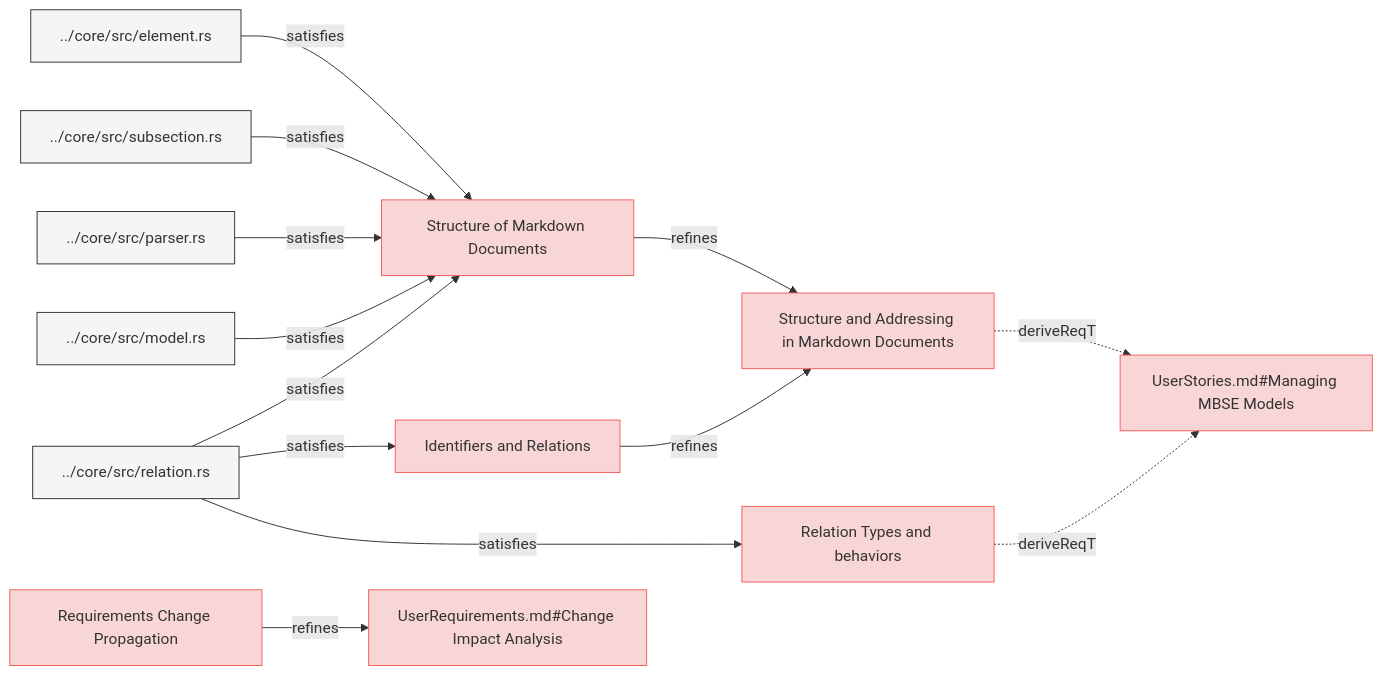
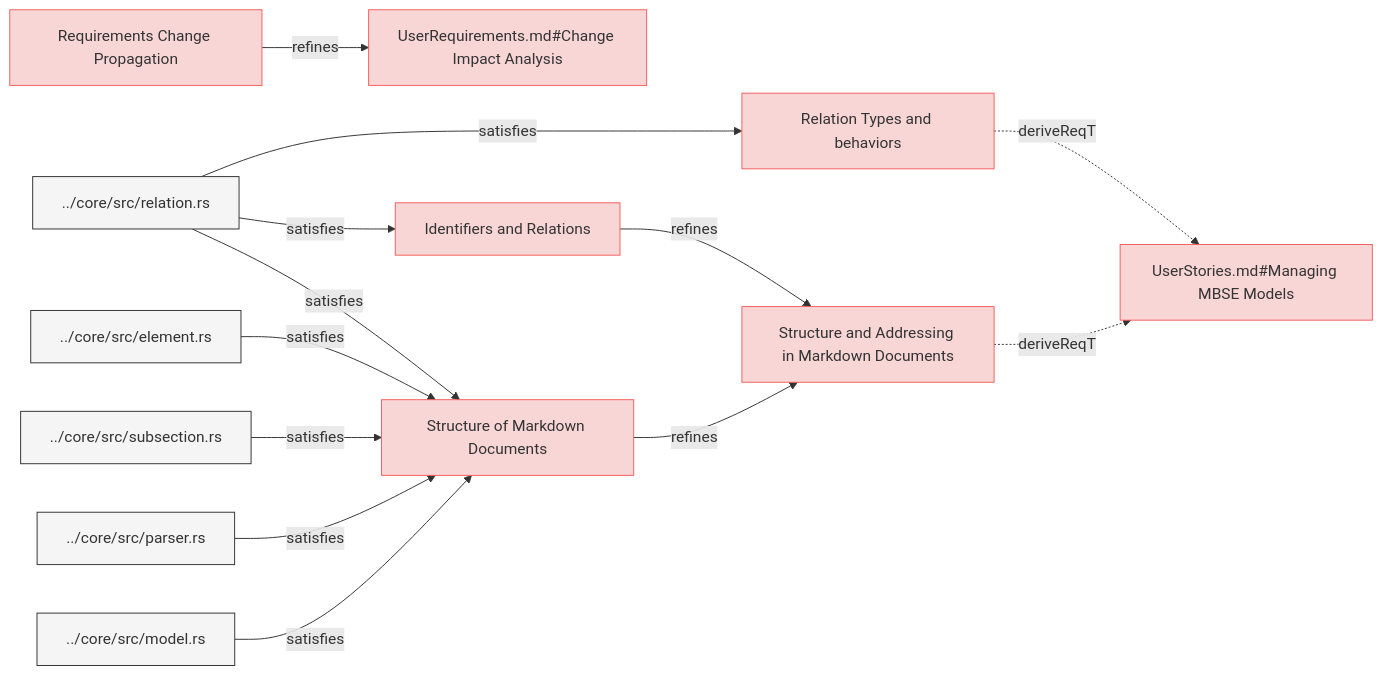
One commit to reqvire-org/reqvire changed the first of 3 diagrams in specifications/SpecificationsRequirements.md. Above: the diagram before and after it, drawn with Mermaid. The commit also changed 17 other files, not shown here.

Commit message:
Auto-generate diagrams after PR merge to main

````diff
--- a/specifications/SpecificationsRequirements.md
+++ b/specifications/SpecificationsRequirements.md
@@ -4,57 +4,57 @@
 ```mermaid
 graph LR;
   %% Graph styling
   classDef requirement fill:#f9d6d6,stroke:#f55f5f,stroke-width:1px;
   classDef verification fill:#d6f9d6,stroke:#5fd75f,stroke-width:1px;
   classDef externalLink fill:#d0e0ff,stroke:#3080ff,stroke-width:1px;
   classDef default fill:#f5f5f5,stroke:#333333,stroke-width:1px;
 
-  56c0009d5aa348e["Structure and Addressing in Markdown Documents"];
-  click 56c0009d5aa348e "https://github.com/ilijaljubicic/ReqFlow/blob/29a17f176519a28e973567d4102beb95f41075ed/specifications/SpecificationsRequirements.md#structure-and-addressing-in-markdown-documents";
-  class 56c0009d5aa348e requirement;
-  852dea6cfecb47f5["UserStories.md#Managing MBSE Models"];
-  class 852dea6cfecb47f5 requirement;
-  click 852dea6cfecb47f5 "https://github.com/ilijaljubicic/ReqFlow/blob/29a17f176519a28e973567d4102beb95f41075ed/specifications/UserStories.md#managing-mbse-models";
-  56c0009d5aa348e -.->|deriveReqT| 852dea6cfecb47f5;
-  3b54027d829a0123["Structure of Markdown Documents"];
-  click 3b54027d829a0123 "https://github.com/ilijaljubicic/ReqFlow/blob/29a17f176519a28e973567d4102beb95f41075ed/specifications/SpecificationsRequirements.md#structure-of-markdown-documents";
-  class 3b54027d829a0123 requirement;
-  3b54027d829a0123 -->|refines| 56c0009d5aa348e;
-  ed4f94bde93b51b2["../core/src/relation.rs"];
-  class ed4f94bde93b51b2 default;
-  click ed4f94bde93b51b2 "https://github.com/ilijaljubicic/ReqFlow/blob/29a17f176519a28e973567d4102beb95f41075ed/core/src/relation.rs";
-  ed4f94bde93b51b2 -->|satisfies| 3b54027d829a0123;
-  ae04238be665702["../core/src/element.rs"];
-  class ae04238be665702 default;
-  click ae04238be665702 "https://github.com/ilijaljubicic/ReqFlow/blob/29a17f176519a28e973567d4102beb95f41075ed/core/src/element.rs";
-  ae04238be665702 -->|satisfies| 3b54027d829a0123;
-  22aa80bf7aa9080a["../core/src/subsection.rs"];
-  class 22aa80bf7aa9080a default;
-  click 22aa80bf7aa9080a "https://github.com/ilijaljubicic/ReqFlow/blob/29a17f176519a28e973567d4102beb95f41075ed/core/src/subsection.rs";
-  22aa80bf7aa9080a -->|satisfies| 3b54027d829a0123;
-  3b1e87396caf6495["../core/src/parser.rs"];
-  class 3b1e87396caf6495 default;
-  click 3b1e87396caf6495 "https://github.com/ilijaljubicic/ReqFlow/blob/29a17f176519a28e973567d4102beb95f41075ed/core/src/parser.rs";
-  3b1e87396caf6495 -->|satisfies| 3b54027d829a0123;
-  6136c216c9f80165["../core/src/model.rs"];
-  class 6136c216c9f80165 default;
-  click 6136c216c9f80165 "https://github.com/ilijaljubicic/ReqFlow/blob/29a17f176519a28e973567d4102beb95f41075ed/core/src/model.rs";
-  6136c216c9f80165 -->|satisfies| 3b54027d829a0123;
-  745439d5fc0154d1["Requirements Change Propagation"];
-  click 745439d5fc0154d1 "https://github.com/ilijaljubicic/ReqFlow/blob/29a17f176519a28e973567d4102beb95f41075ed/specifications/SpecificationsRequirements.md#requirements-change-propagation";
-  class 745439d5fc0154d1 requirement;
-  bae5edae940ba590["UserRequirements.md#Change Impact Analysis"];
-  class bae5edae940ba590 requirement;
-  click bae5edae940ba590 "https://github.com/ilijaljubicic/ReqFlow/blob/29a17f176519a28e973567d4102beb95f41075ed/specifications/UserRequirements.md#change-impact-analysis";
-  745439d5fc0154d1 -->|refines| bae5edae940ba590;
-  b18d70c710a7b4d0["Identifiers and Relations"];
-  click b18d70c710a7b4d0 "https://github.com/ilijaljubicic/ReqFlow/blob/29a17f176519a28e973567d4102beb95f41075ed/specifications/SpecificationsRequirements.md#identifiers-and-relations";
-  class b18d70c710a7b4d0 requirement;
-  b18d70c710a7b4d0 -->|refines| 56c0009d5aa348e;
-  ed4f94bde93b51b2 -->|satisfies| b18d70c710a7b4d0;
-  4f0d2b5f5597a8c9["Relation Types and behaviors"];
-  click 4f0d2b5f5597a8c9 "https://github.com/ilijaljubicic/ReqFlow/blob/29a17f176519a28e973567d4102beb95f41075ed/specifications/SpecificationsRequirements.md#relation-types-and-behaviors";
-  class 4f0d2b5f5597a8c9 requirement;
-  4f0d2b5f5597a8c9 -.->|deriveReqT| 852dea6cfecb47f5;
-  ed4f94bde93b51b2 -->|satisfies| 4f0d2b5f5597a8c9;
+  fc5be549cefb3c18["Relation Types and behaviors"];
+  click fc5be549cefb3c18 "https://github.com/ilijaljubicic/ReqFlow/blob/73d5ae1d93adea71fdf4cc508be4d1ae09be068f/specifications/SpecificationsRequirements.md#relation-types-and-behaviors";
+  class fc5be549cefb3c18 requirement;
+  a469d82e490f4e4["UserStories.md#Managing MBSE Models"];
+  class a469d82e490f4e4 requirement;
+  click a469d82e490f4e4 "https://github.com/ilijaljubicic/ReqFlow/blob/73d5ae1d93adea71fdf4cc508be4d1ae09be068f/specifications/UserStories.md#managing-mbse-models";
+  fc5be549cefb3c18 -.->|deriveReqT| a469d82e490f4e4;
+  79753a9e8064fc6f["../core/src/relation.rs"];
+  class 79753a9e8064fc6f default;
+  click 79753a9e8064fc6f "https://github.com/ilijaljubicic/ReqFlow/blob/73d5ae1d93adea71fdf4cc508be4d1ae09be068f/core/src/relation.rs";
+  79753a9e8064fc6f -->|satisfies| fc5be549cefb3c18;
+  aac88a0aeb96f1fc["Structure and Addressing in Markdown Documents"];
+  click aac88a0aeb96f1fc "https://github.com/ilijaljubicic/ReqFlow/blob/73d5ae1d93adea71fdf4cc508be4d1ae09be068f/specifications/SpecificationsRequirements.md#structure-and-addressing-in-markdown-documents";
+  class aac88a0aeb96f1fc requirement;
+  aac88a0aeb96f1fc -.->|deriveReqT| a469d82e490f4e4;
+  47d766a3c4f31cec["Identifiers and Relations"];
+  click 47d766a3c4f31cec "https://github.com/ilijaljubicic/ReqFlow/blob/73d5ae1d93adea71fdf4cc508be4d1ae09be068f/specifications/SpecificationsRequirements.md#identifiers-and-relations";
+  class 47d766a3c4f31cec requirement;
+  47d766a3c4f31cec -->|refines| aac88a0aeb96f1fc;
+  79753a9e8064fc6f -->|satisfies| 47d766a3c4f31cec;
+  9330746134f07478["Requirements Change Propagation"];
+  click 9330746134f07478 "https://github.com/ilijaljubicic/ReqFlow/blob/73d5ae1d93adea71fdf4cc508be4d1ae09be068f/specifications/SpecificationsRequirements.md#requirements-change-propagation";
+  class 9330746134f07478 requirement;
+  52aac80b9a806080["UserRequirements.md#Change Impact Analysis"];
+  class 52aac80b9a806080 requirement;
+  click 52aac80b9a806080 "https://github.com/ilijaljubicic/ReqFlow/blob/73d5ae1d93adea71fdf4cc508be4d1ae09be068f/specifications/UserRequirements.md#change-impact-analysis";
+  9330746134f07478 -->|refines| 52aac80b9a806080;
+  dac5cca652a2f48["Structure of Markdown Documents"];
+  click dac5cca652a2f48 "https://github.com/ilijaljubicic/ReqFlow/blob/73d5ae1d93adea71fdf4cc508be4d1ae09be068f/specifications/SpecificationsRequirements.md#structure-of-markdown-documents";
+  class dac5cca652a2f48 requirement;
+  dac5cca652a2f48 -->|refines| aac88a0aeb96f1fc;
+  79753a9e8064fc6f -->|satisfies| dac5cca652a2f48;
+  dffa0f8008aada59["../core/src/element.rs"];
+  class dffa0f8008aada59 default;
+  click dffa0f8008aada59 "https://github.com/ilijaljubicic/ReqFlow/blob/73d5ae1d93adea71fdf4cc508be4d1ae09be068f/core/src/element.rs";
+  dffa0f8008aada59 -->|satisfies| dac5cca652a2f48;
+  725e4fe2fc5d8372["../core/src/subsection.rs"];
+  class 725e4fe2fc5d8372 default;
+  click 725e4fe2fc5d8372 "https://github.com/ilijaljubicic/ReqFlow/blob/73d5ae1d93adea71fdf4cc508be4d1ae09be068f/core/src/subsection.rs";
+  725e4fe2fc5d8372 -->|satisfies| dac5cca652a2f48;
+  f92be9685a777557["../core/src/parser.rs"];
+  class f92be9685a777557 default;
+  click f92be9685a777557 "https://github.com/ilijaljubicic/ReqFlow/blob/73d5ae1d93adea71fdf4cc508be4d1ae09be068f/core/src/parser.rs";
+  f92be9685a777557 -->|satisfies| dac5cca652a2f48;
+  9efd257c4e6a45f9["../core/src/model.rs"];
+  class 9efd257c4e6a45f9 default;
+  click 9efd257c4e6a45f9 "https://github.com/ilijaljubicic/ReqFlow/blob/73d5ae1d93adea71fdf4cc508be4d1ae09be068f/core/src/model.rs";
+  9efd257c4e6a45f9 -->|satisfies| dac5cca652a2f48;
 ```
````
